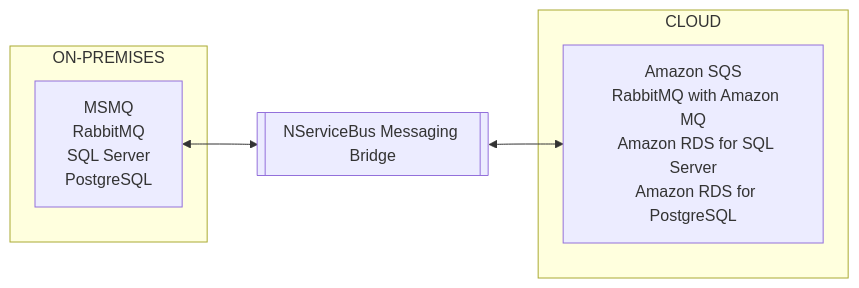
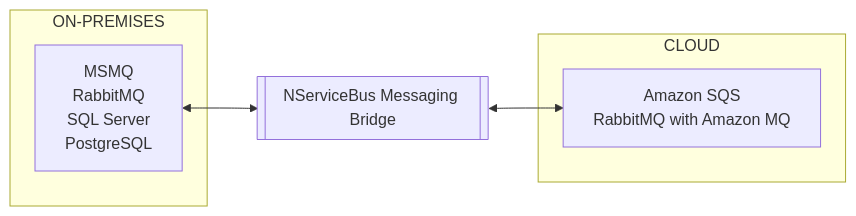
One commit to Particular/docs.particular.net changed the diagram in modernization/migrate-to-the-cloud/on-premises-to-aws.md. Above: the diagram before and after it, drawn with Mermaid. The commit also changed other lines of this file and 1 other file, not shown here.

Commit message:
Removed transports from the cloud side of graphs that aren't cloud-native technology

````diff
--- a/modernization/migrate-to-the-cloud/on-premises-to-aws.md
+++ b/modernization/migrate-to-the-cloud/on-premises-to-aws.md
@@ -23,21 +23,19 @@
 ```mermaid
 flowchart LR
 
 on-prem["MSMQ
   RabbitMQ
   SQL Server
   PostgreSQL"]
 cloud["Amazon SQS
-  RabbitMQ with Amazon MQ
-  Amazon RDS for SQL Server
-  Amazon RDS for PostgreSQL"]
+  RabbitMQ with Amazon MQ"]
 bridge[[NServiceBus Messaging Bridge]]
 on-prem <--> bridge <--> cloud
 
 subgraph ON-PREMISES
   on-prem
 end
 subgraph CLOUD
   cloud
 end
 ```
````
